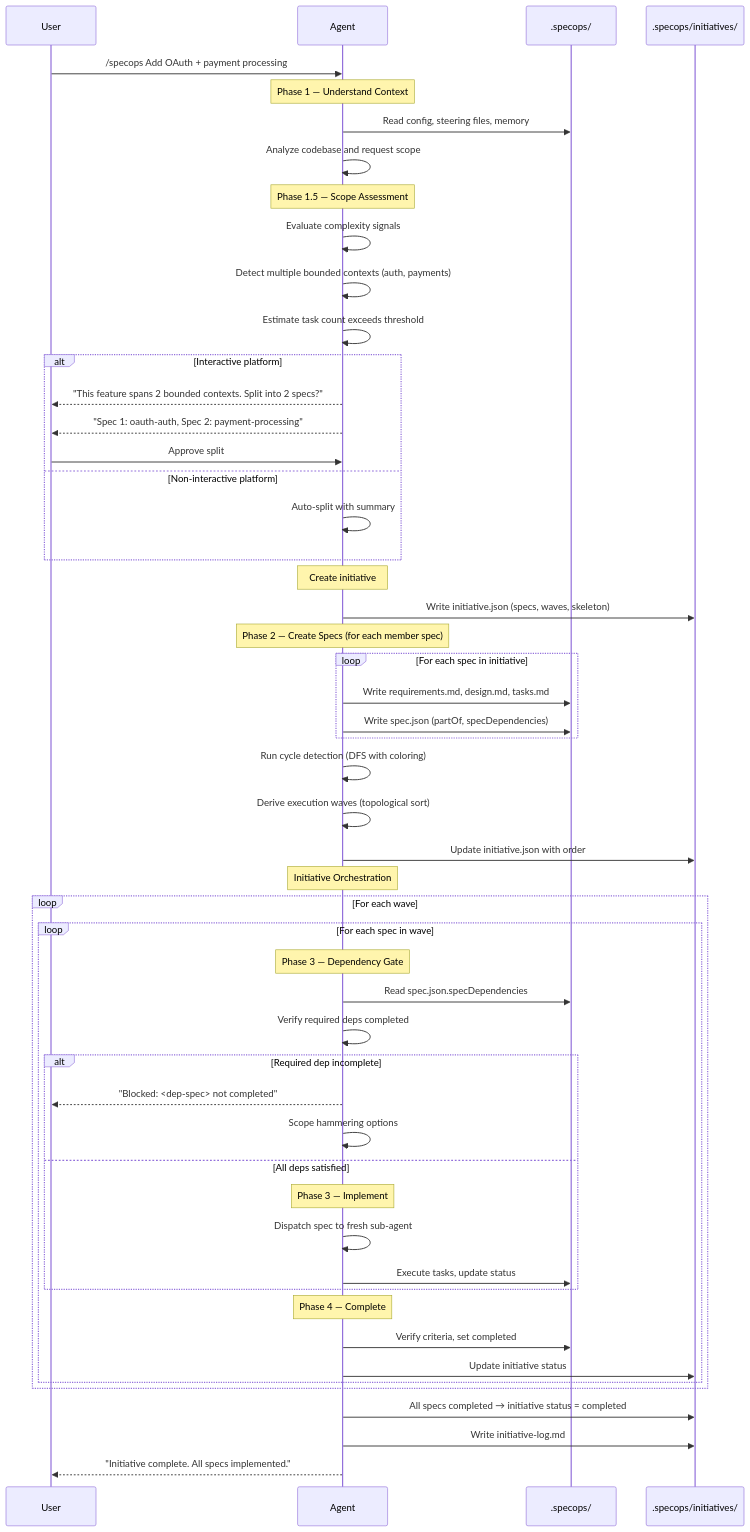
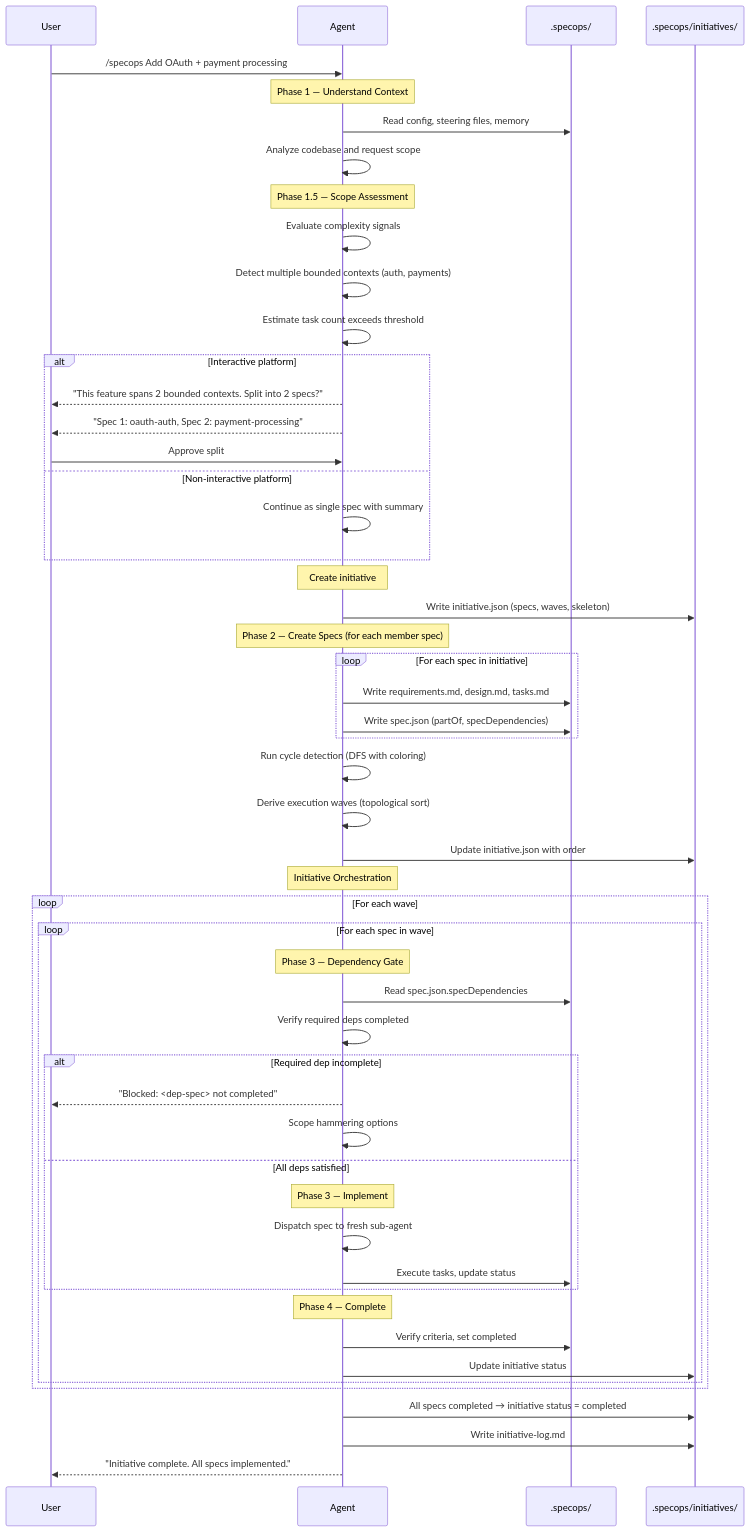
Before and after one commit to sanmak/specops: the ninth of 9 diagrams in docs/DIAGRAMS.md, drawn with Mermaid. The commit also changed 15 other files, not shown here.

````diff
--- a/docs/DIAGRAMS.md
+++ b/docs/DIAGRAMS.md
@@ -547,67 +547,67 @@
 ```mermaid
 sequenceDiagram
     participant U as User
     participant A as Agent
     participant S as .specops/
     participant I as .specops/initiatives/
 
     U->>A: /specops Add OAuth + payment processing
 
     Note over A: Phase 1 — Understand Context
     A->>S: Read config, steering files, memory
     A->>A: Analyze codebase and request scope
 
     Note over A: Phase 1.5 — Scope Assessment
     A->>A: Evaluate complexity signals
     A->>A: Detect multiple bounded contexts (auth, payments)
     A->>A: Estimate task count exceeds threshold
 
     alt Interactive platform
         A-->>U: "This feature spans 2 bounded contexts. Split into 2 specs?"
         A-->>U: "Spec 1: oauth-auth, Spec 2: payment-processing"
         U->>A: Approve split
     else Non-interactive platform
-        A->>A: Auto-split with summary
+        A->>A: Continue as single spec with summary
     end
 
     Note over A: Create initiative
     A->>I: Write initiative.json (specs, waves, skeleton)
 
     Note over A: Phase 2 — Create Specs (for each member spec)
 
     loop For each spec in initiative
         A->>S: Write requirements.md, design.md, tasks.md
         A->>S: Write spec.json (partOf, specDependencies)
     end
 
     A->>A: Run cycle detection (DFS with coloring)
     A->>A: Derive execution waves (topological sort)
     A->>I: Update initiative.json with order
 
     Note over A: Initiative Orchestration
 
     loop For each wave
         loop For each spec in wave
             Note over A: Phase 3 — Dependency Gate
             A->>S: Read spec.json.specDependencies
             A->>A: Verify required deps completed
 
             alt Required dep incomplete
                 A-->>U: "Blocked: <dep-spec> not completed"
                 A->>A: Scope hammering options
             else All deps satisfied
                 Note over A: Phase 3 — Implement
                 A->>A: Dispatch spec to fresh sub-agent
                 A->>S: Execute tasks, update status
             end
 
             Note over A: Phase 4 — Complete
             A->>S: Verify criteria, set completed
             A->>I: Update initiative status
         end
     end
 
     A->>I: All specs completed → initiative status = completed
     A->>I: Write initiative-log.md
     A-->>U: "Initiative complete. All specs implemented."
 ```
````
